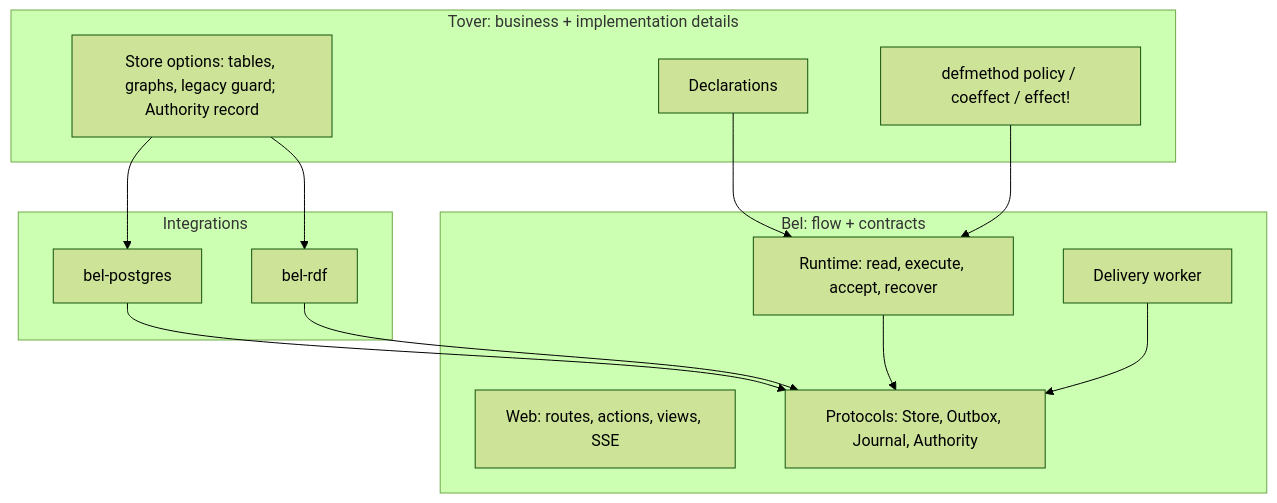
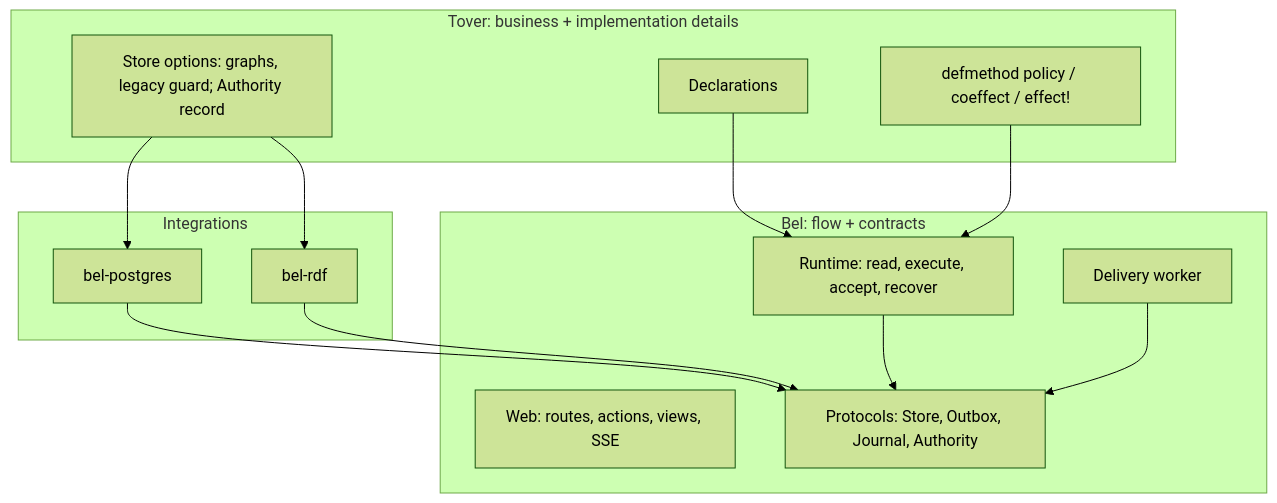
One commit to margintop15px/Tover changed the diagram in docs/bel-architecture.md. Above: the diagram before and after it, drawn with Mermaid (forest theme). The commit also changed other lines of this file and 89 other files, not shown here.

````diff
--- a/docs/bel-architecture.md
+++ b/docs/bel-architecture.md
@@ -46,26 +46,26 @@
 ```mermaid
 flowchart TB
   subgraph Tover[Tover: business + implementation details]
     Decl[Declarations]
     Hooks[defmethod policy / coeffect / effect!]
-    Impl[Store options: tables, graphs, legacy guard; Authority record]
+    Impl[Store options: graphs, legacy guard; Authority record]
   end
   subgraph Bel[Bel: flow + contracts]
     Web[Web: routes, actions, views, SSE]
     Flow[Runtime: read, execute, accept, recover]
     Deliv[Delivery worker]
     Proto[Protocols: Store, Outbox, Journal, Authority]
   end
   subgraph Int[Integrations]
     PG[bel-postgres]
     RDF[bel-rdf]
   end
   Decl --> Flow
   Hooks --> Flow
   Impl --> PG
   Impl --> RDF
   PG --> Proto
   RDF --> Proto
   Flow --> Proto
   Deliv --> Proto
 ```
````
